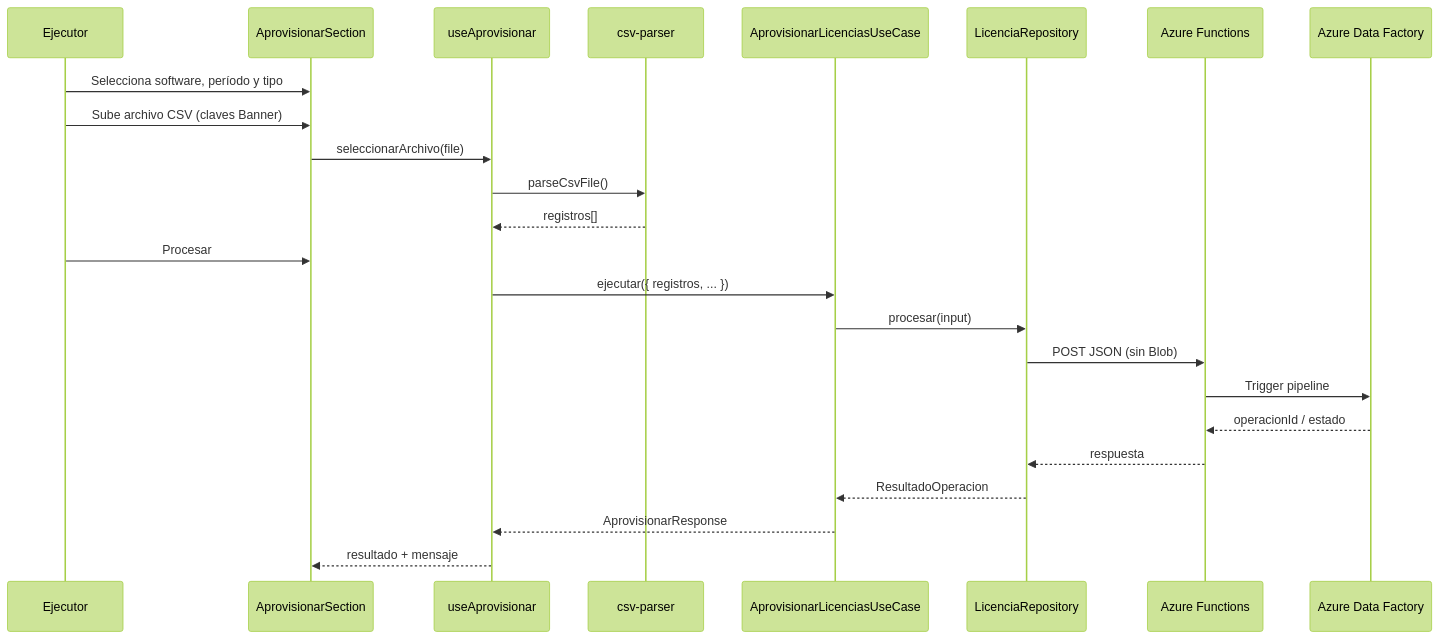
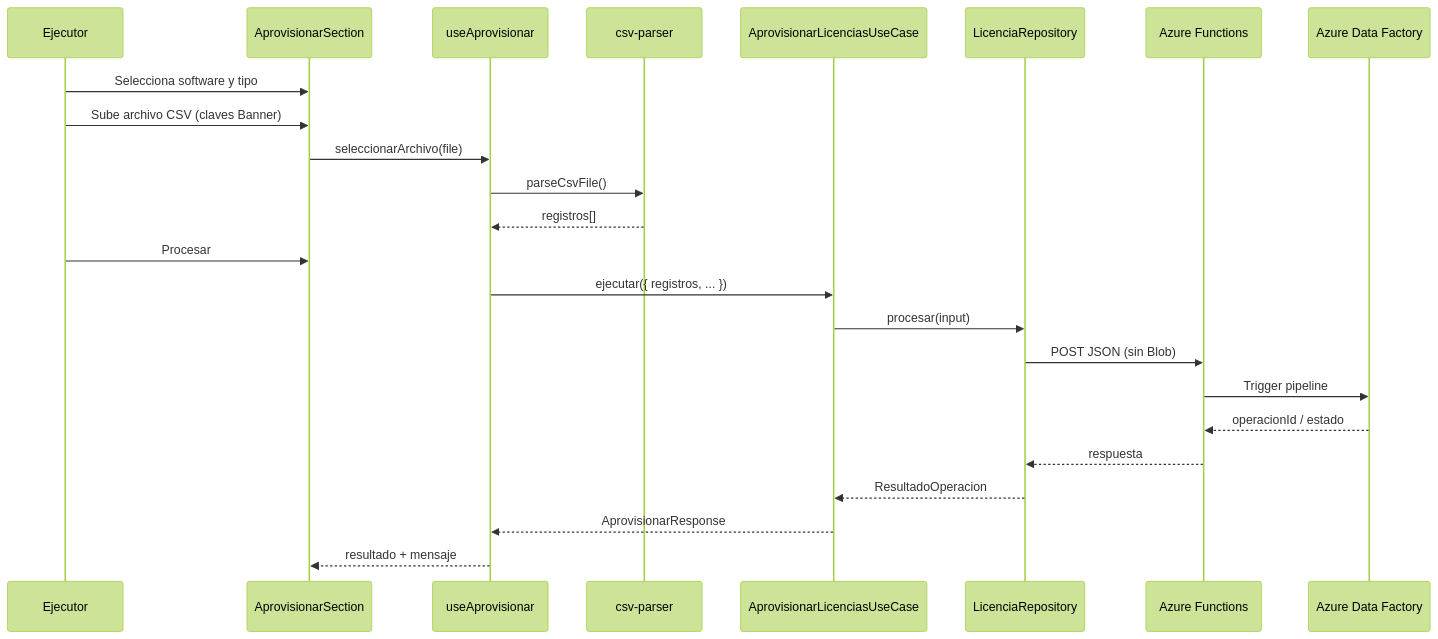
One commit to miguelgr716playful/AutomatizacionLicencias changed the third of 5 diagrams in docs/ARQUITECTURA.md. Above: the diagram before and after it, drawn with Mermaid (forest theme). The commit also changed other lines of this file and 13 other files, not shown here.

````diff
--- a/docs/ARQUITECTURA.md
+++ b/docs/ARQUITECTURA.md
@@ -225,27 +225,27 @@
 ```mermaid
 sequenceDiagram
     participant U as Ejecutor
     participant UI as AprovisionarSection
     participant Hook as useAprovisionar
     participant Parser as csv-parser
     participant UC as AprovisionarLicenciasUseCase
     participant Repo as LicenciaRepository
     participant Fn as Azure Functions
     participant ADF as Azure Data Factory
 
-    U->>UI: Selecciona software, período y tipo
+    U->>UI: Selecciona software y tipo
     U->>UI: Sube archivo CSV (claves Banner)
     UI->>Hook: seleccionarArchivo(file)
     Hook->>Parser: parseCsvFile()
     Parser-->>Hook: registros[]
     U->>UI: Procesar
     Hook->>UC: ejecutar({ registros, ... })
     UC->>Repo: procesar(input)
     Repo->>Fn: POST JSON (sin Blob)
     Fn->>ADF: Trigger pipeline
     ADF-->>Fn: operacionId / estado
     Fn-->>Repo: respuesta
     Repo-->>UC: ResultadoOperacion
     UC-->>Hook: AprovisionarResponse
     Hook-->>UI: resultado + mensaje
 ```
````
